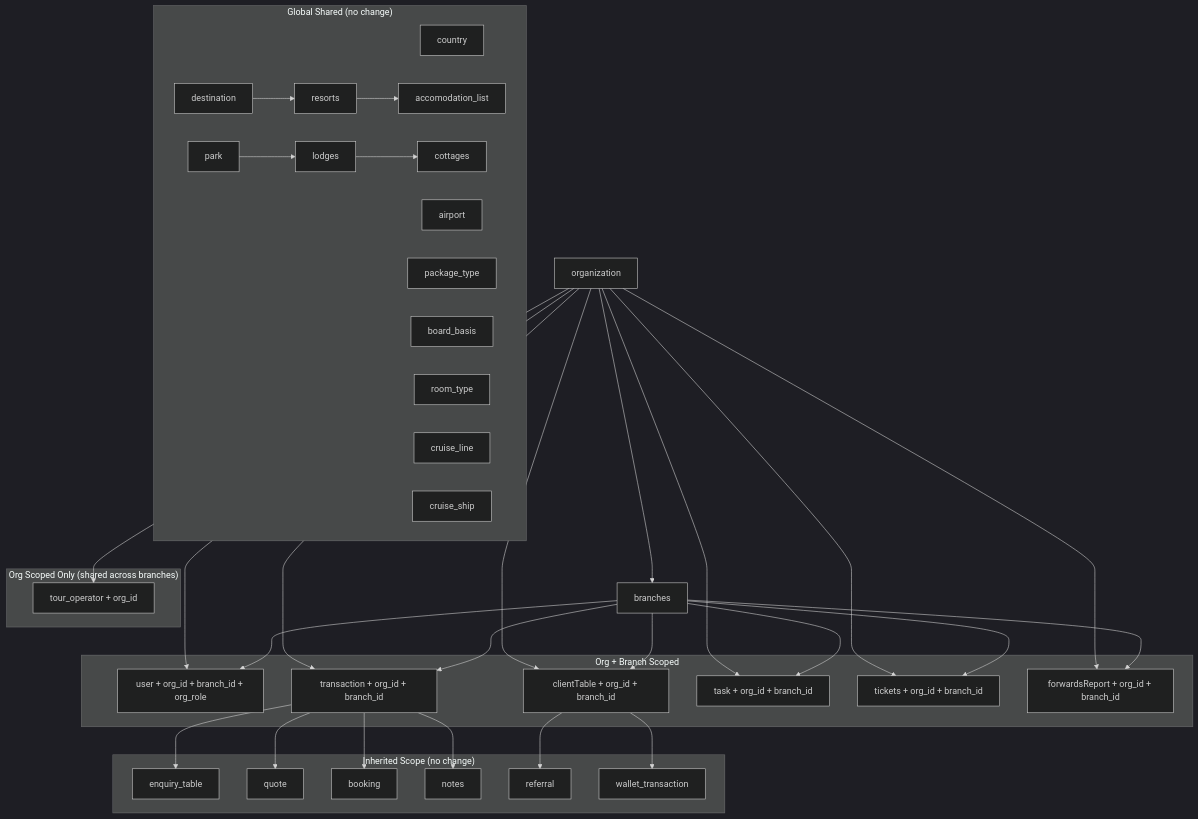
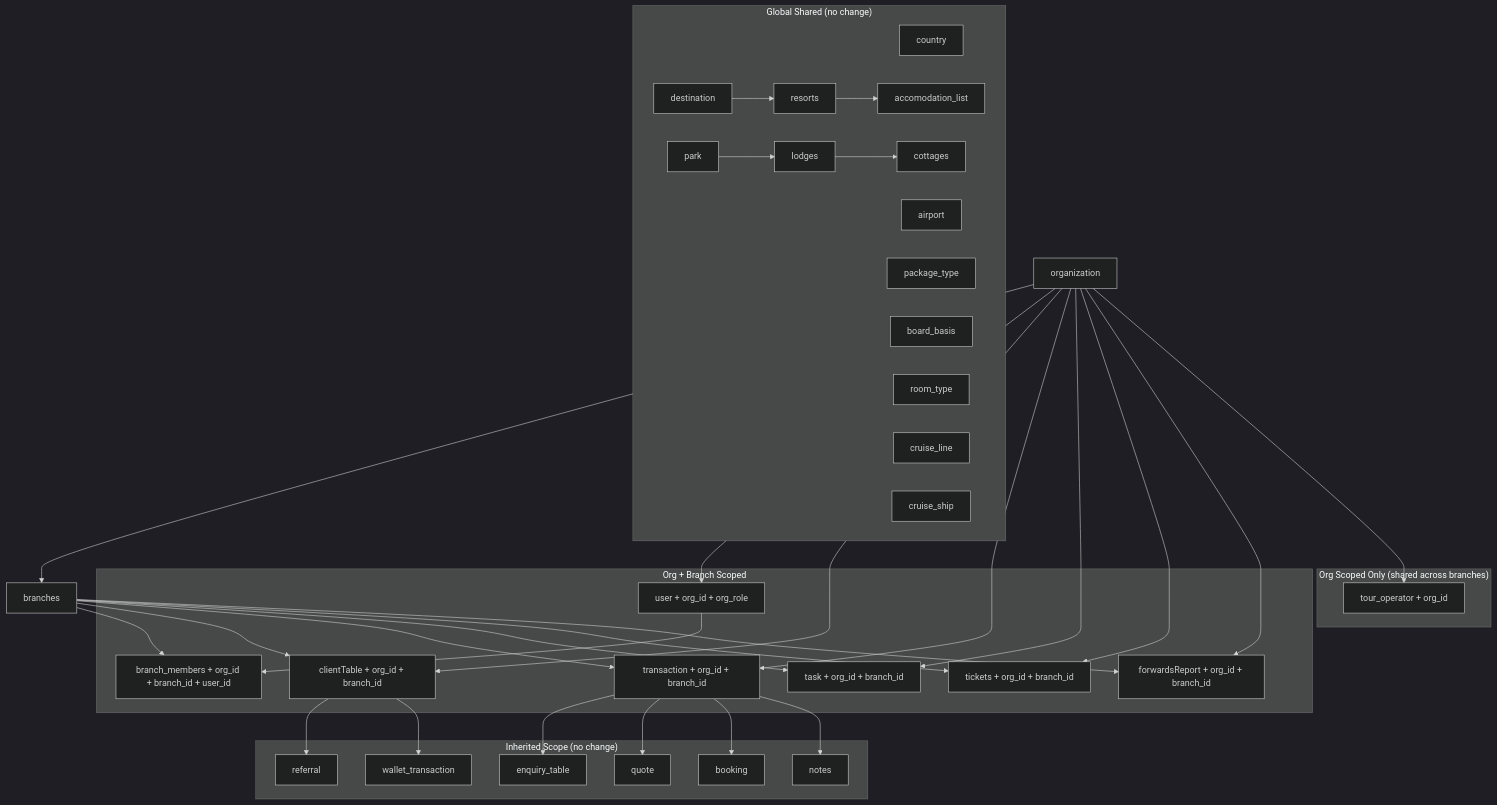
Diagram 11 of 22 in SAAS_MULTITENANCY_PLAN.md (Jhay1413/travana-V2), drawn with Mermaid (dark theme) before and after one commit. The commit also changed other lines of this file and 1 other file, not shown here.

First line of the commit message:
Update database schema to support multi-tenancy and branch management

````diff
--- a/SAAS_MULTITENANCY_PLAN.md
+++ b/SAAS_MULTITENANCY_PLAN.md
@@ -452,69 +512,71 @@
 ```mermaid
 graph TD
     ORG[organization]
     BRN[branches]
 
     subgraph "Org + Branch Scoped"
-        USR[user + org_id + branch_id + org_role]
+        USR[user + org_id + org_role]
+        BMB[branch_members + org_id + branch_id + user_id]
         CLI[clientTable + org_id + branch_id]
         TXN[transaction + org_id + branch_id]
         TSK[task + org_id + branch_id]
         TKT[tickets + org_id + branch_id]
         FWD[forwardsReport + org_id + branch_id]
     end
 
     subgraph "Org Scoped Only (shared across branches)"
         TOP[tour_operator + org_id]
     end
 
     subgraph "Inherited Scope (no change)"
         ENQ[enquiry_table]
         QOT[quote]
         BOK[booking]
         NOT[notes]
         REF[referral]
         WLT[wallet_transaction]
     end
 
     subgraph "Global Shared (no change)"
         CNT[country]
         DST[destination]
         RST[resorts]
         APT[airport]
         PKG[package_type]
         BBB[board_basis]
         RMT[room_type]
         CRL[cruise_line]
         CRS[cruise_ship]
         ACC[accomodation_list]
         PRK[park]
         LDG[lodges]
         COT[cottages]
     end
 
     ORG --> BRN
     ORG --> USR
-    BRN --> USR
+    BRN --> BMB
+    USR --> BMB
     ORG --> CLI
     BRN --> CLI
     ORG --> TXN
     BRN --> TXN
     ORG --> TSK
     BRN --> TSK
     ORG --> TKT
     BRN --> TKT
     ORG --> FWD
     BRN --> FWD
     ORG --> TOP
 
     TXN --> ENQ
     TXN --> QOT
     TXN --> BOK
     TXN --> NOT
     DST --> RST
     RST --> ACC
     PRK --> LDG
     LDG --> COT
     CLI --> REF
     CLI --> WLT
 ```
````
